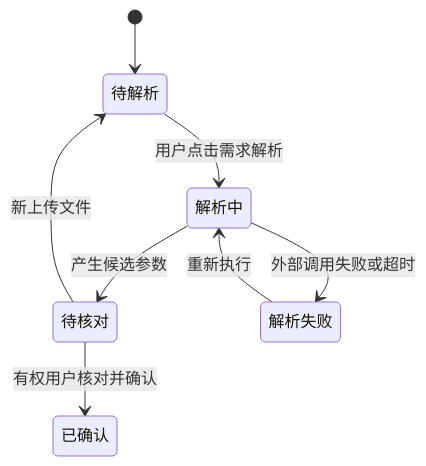
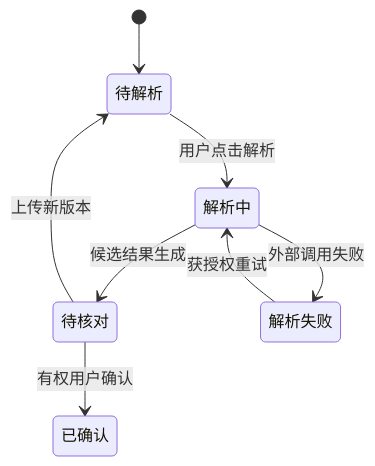
One commit to wamper64/dev-workflow changed the diagram in docs/examples/报价项目/module-design/报价需求核对模块设计示例.md. Above: the diagram before and after it, drawn with Mermaid. The commit also changed other lines of this file and 4 other files, not shown here.

````diff
--- a/docs/examples/报价项目/module-design/报价需求核对模块设计示例.md
+++ b/docs/examples/报价项目/module-design/报价需求核对模块设计示例.md
@@ -7,10 +17,10 @@
 ```mermaid
 stateDiagram-v2
   [*] --> 待解析
-  待解析 --> 解析中: 用户点击需求解析
-  解析中 --> 待核对: 产生候选参数
-  解析中 --> 解析失败: 外部调用失败或超时
-  待核对 --> 已确认: 有权用户核对并确认
-  待核对 --> 待解析: 新上传文件
-  解析失败 --> 解析中: 重新执行
+  待解析 --> 解析中: 用户点击解析
+  解析中 --> 待核对: 候选结果生成
+  解析中 --> 解析失败: 外部调用失败
+  解析失败 --> 解析中: 获授权重试
+  待核对 --> 已确认: 有权用户确认
+  待核对 --> 待解析: 上传新版本
 ```
````
